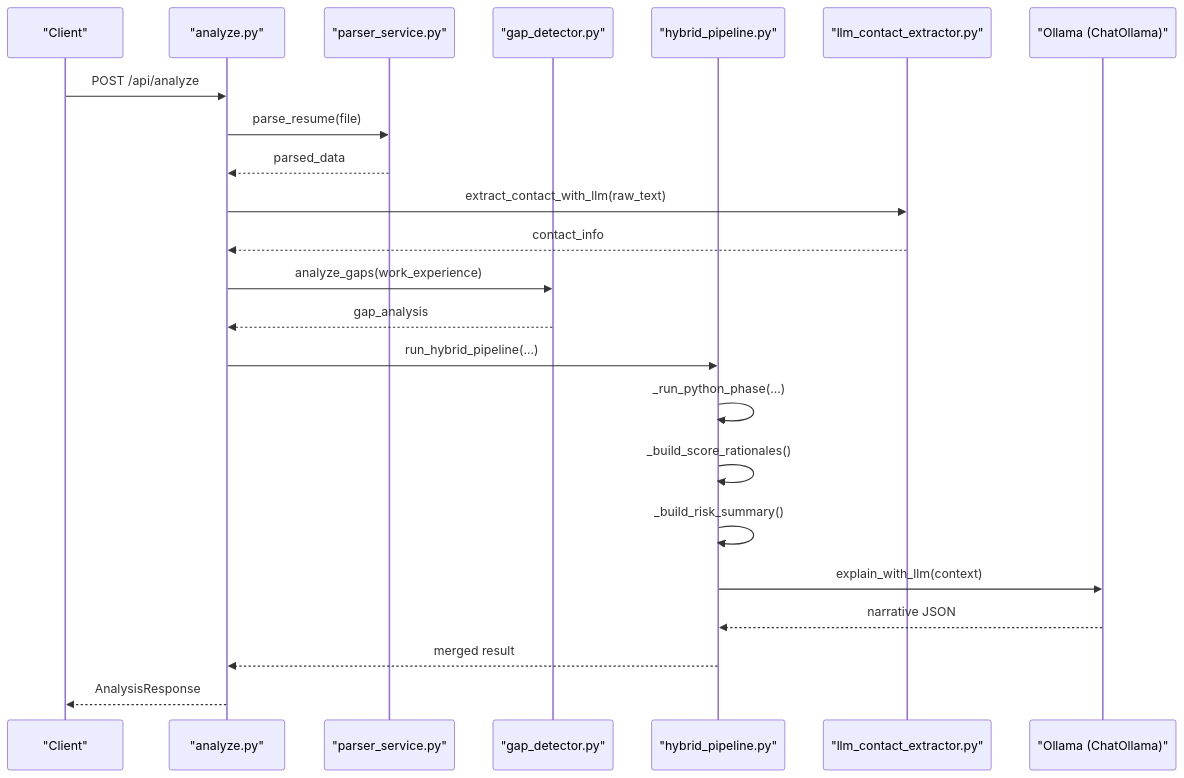
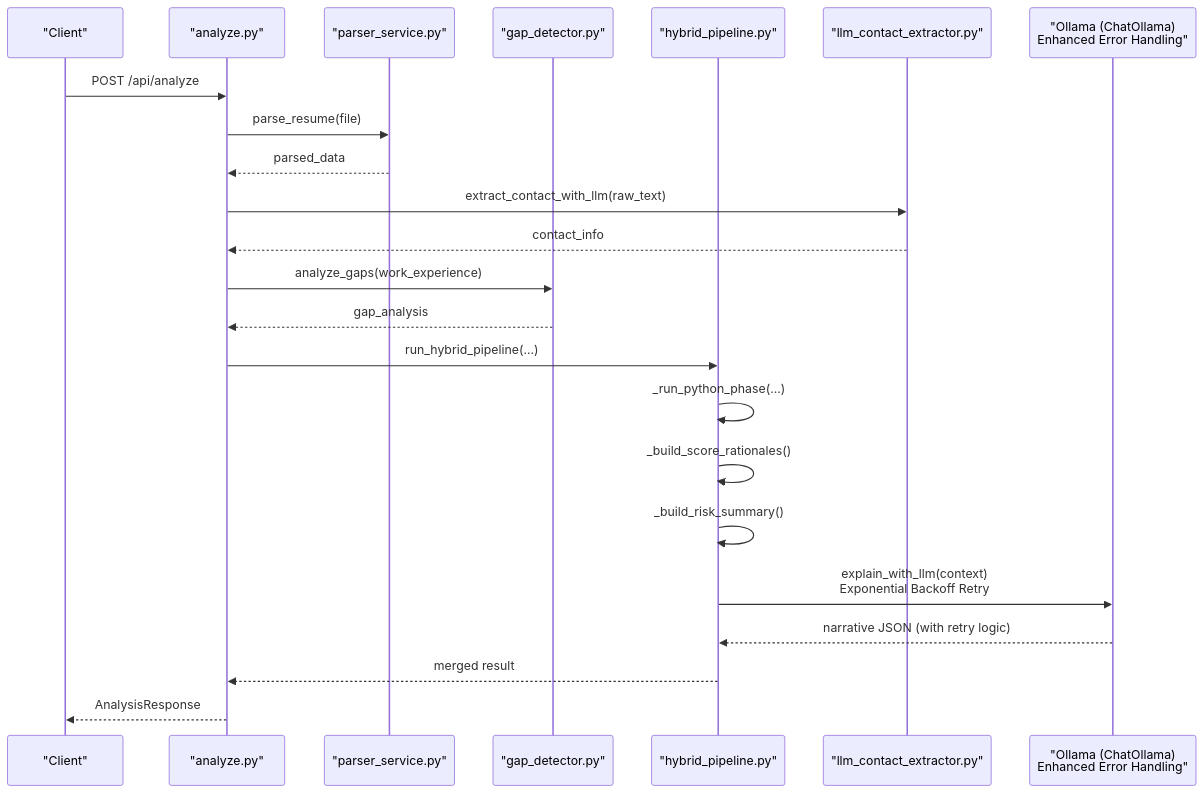
Before and after one commit to Revanththetalogics/aireume: the second of 20 diagrams in .qoder/repowiki/en/content/Analysis Engine/Analysis Engine.md, drawn with Mermaid. The commit also changed other lines of this file and 61 other files, not shown here.

````diff
--- a/.qoder/repowiki/en/content/Analysis Engine/Analysis Engine.md
+++ b/.qoder/repowiki/en/content/Analysis Engine/Analysis Engine.md
@@ -139,25 +152,25 @@
 ```mermaid
 sequenceDiagram
 participant Client as "Client"
 participant Route as "analyze.py"
 participant Parser as "parser_service.py"
 participant Gap as "gap_detector.py"
 participant Hybrid as "hybrid_pipeline.py"
 participant Contact as "llm_contact_extractor.py"
-participant LLM as "Ollama (ChatOllama)"
+participant LLM as "Ollama (ChatOllama)<br/>Enhanced Error Handling"
 Client->>Route : POST /api/analyze
 Route->>Parser : parse_resume(file)
 Parser-->>Route : parsed_data
 Route->>Contact : extract_contact_with_llm(raw_text)
 Contact-->>Route : contact_info
 Route->>Gap : analyze_gaps(work_experience)
 Gap-->>Route : gap_analysis
 Route->>Hybrid : run_hybrid_pipeline(...)
 Hybrid->>Hybrid : _run_python_phase(...)
 Hybrid->>Hybrid : _build_score_rationales()
 Hybrid->>Hybrid : _build_risk_summary()
-Hybrid->>LLM : explain_with_llm(context)
-LLM-->>Hybrid : narrative JSON
+Hybrid->>LLM : explain_with_llm(context)<br/>Exponential Backoff Retry
+LLM-->>Hybrid : narrative JSON (with retry logic)
 Hybrid-->>Route : merged result
 Route-->>Client : AnalysisResponse
 ```
````
